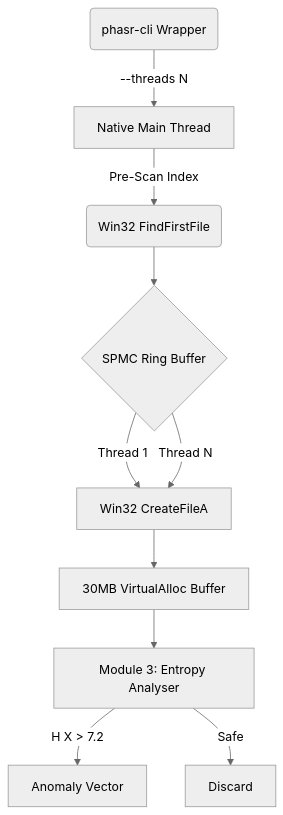
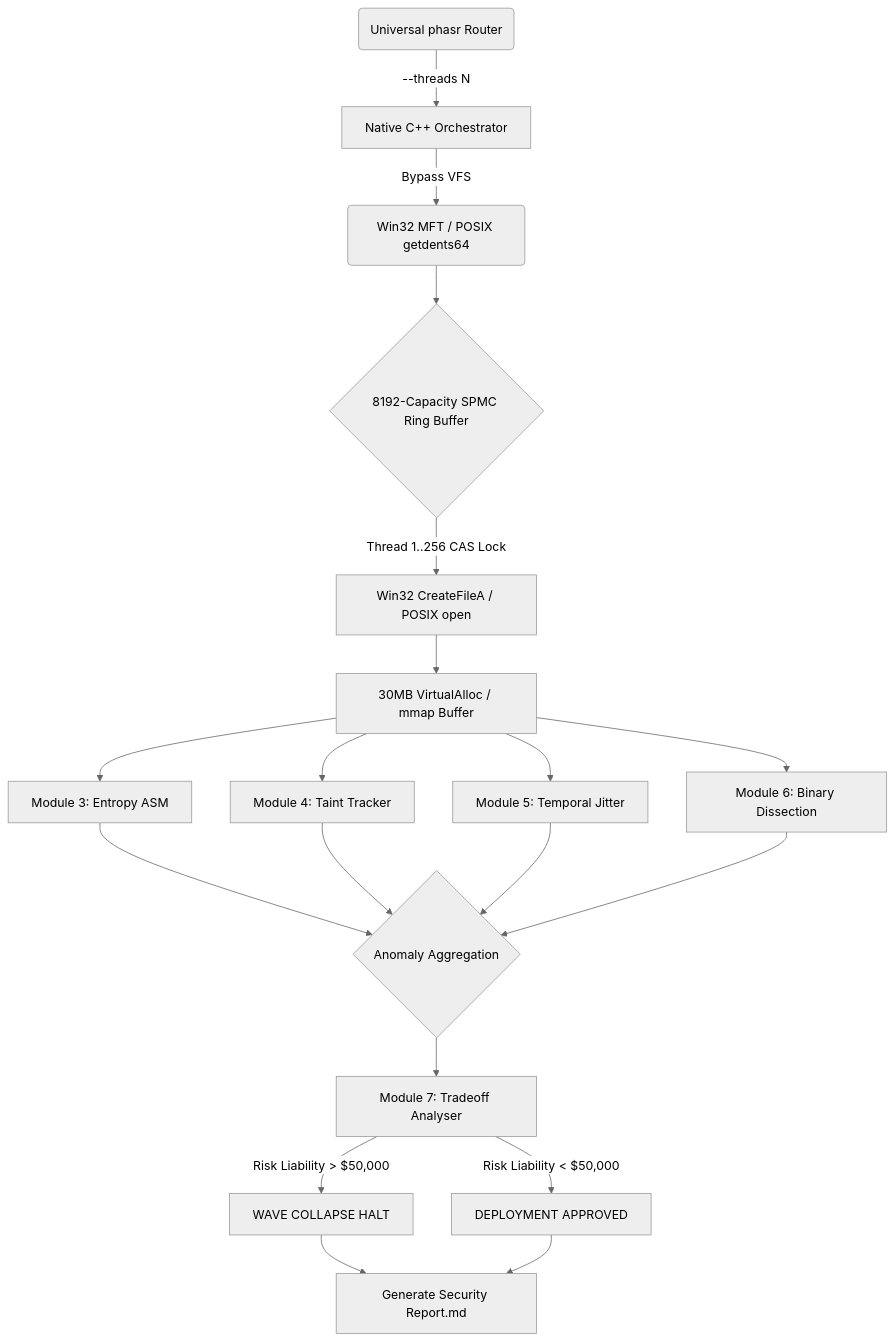
The diagram in docs/ARCHITECTURE.md (Zeo120/ZTL-Tech), drawn with Mermaid (neutral theme) before and after one commit. The commit also changed other lines of this file and 1 other file, not shown here.

Commit message:
docs: rewrite architecture and data flow diagrams to map out the cross-platform kernel bypass pipeline and new memory models

````diff
--- a/docs/ARCHITECTURE.md
+++ b/docs/ARCHITECTURE.md
@@ -27,12 +29,23 @@
 ```mermaid
 graph TD
-    CLI(phasr-cli Wrapper) -->|--threads N| A
-    A[Native Main Thread] -->|Pre-Scan Index| B(Win32 FindFirstFile)
-    B --> C{SPMC Ring Buffer}
-    C -->|Thread 1| D[Win32 CreateFileA]
-    C -->|Thread N| D
-    D --> E[30MB VirtualAlloc Buffer]
-    E --> F[Module 3: Entropy Analyser]
-    F -->|H X > 7.2| G[Anomaly Vector]
-    F -->|Safe| H[Discard]
+    CLI(Universal phasr Router) -->|--threads N| A
+    A[Native C++ Orchestrator] -->|Bypass VFS| B(Win32 MFT / POSIX getdents64)
+    B --> C{8192-Capacity SPMC Ring Buffer}
+    C -->|Thread 1..256 CAS Lock| D[Win32 CreateFileA / POSIX open]
+    D --> E[30MB VirtualAlloc / mmap Buffer]
+    E --> F[Module 3: Entropy ASM]
+    E --> G[Module 4: Taint Tracker]
+    E --> H[Module 5: Temporal Jitter]
+    E --> I[Module 6: Binary Dissection]
+    
+    F --> J{Anomaly Aggregation}
+    G --> J
+    H --> J
+    I --> J
+    
+    J --> K[Module 7: Tradeoff Analyser]
+    K -->|Risk Liability > $50,000| L[WAVE COLLAPSE HALT]
+    K -->|Risk Liability < $50,000| M[DEPLOYMENT APPROVED]
+    L --> N[Generate Security Report.md]
+    M --> N
 ```
````
